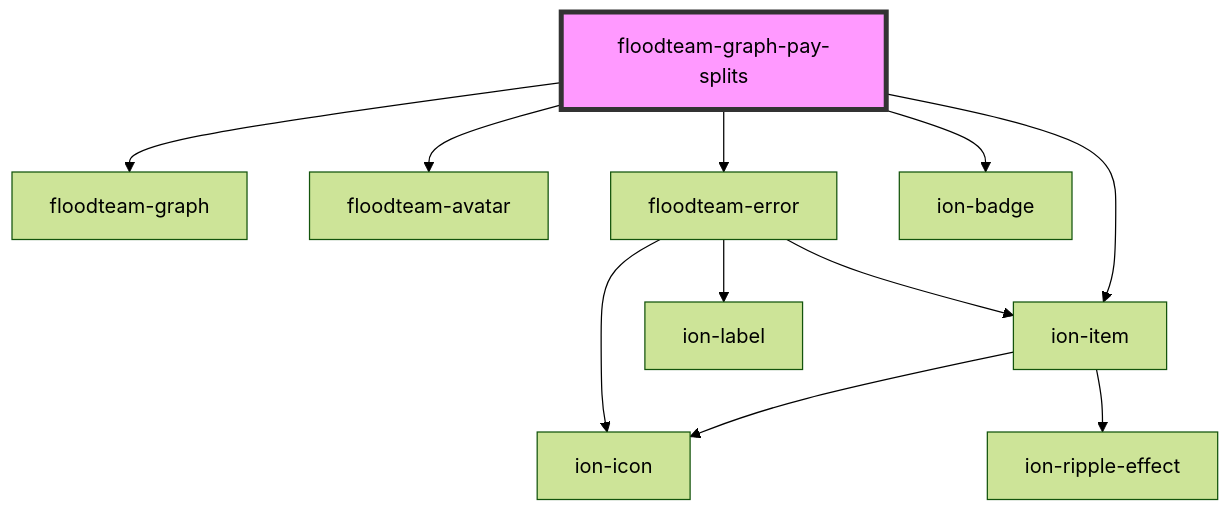
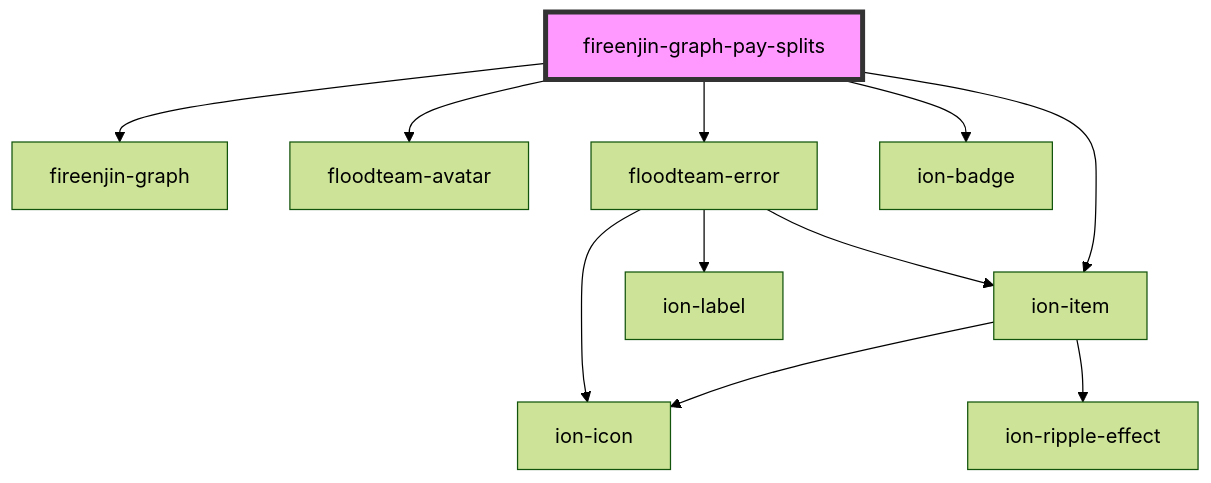
Before and after one commit to FloodTeam/components: the diagram in src/components/graph-pay-splits/readme.md, drawn with Mermaid (forest theme). The commit also changed other lines of this file and 5 other files, not shown here.

````diff
--- a/src/components/graph-pay-splits/readme.md
+++ b/src/components/graph-pay-splits/readme.md
@@ -40,14 +40,14 @@
 ```mermaid
 graph TD;
-  floodteam-graph-pay-splits --> floodteam-graph
-  floodteam-graph-pay-splits --> ion-item
-  floodteam-graph-pay-splits --> floodteam-avatar
-  floodteam-graph-pay-splits --> floodteam-error
-  floodteam-graph-pay-splits --> ion-badge
+  fireenjin-graph-pay-splits --> fireenjin-graph
+  fireenjin-graph-pay-splits --> ion-item
+  fireenjin-graph-pay-splits --> floodteam-avatar
+  fireenjin-graph-pay-splits --> floodteam-error
+  fireenjin-graph-pay-splits --> ion-badge
   ion-item --> ion-icon
   ion-item --> ion-ripple-effect
   floodteam-error --> ion-item
   floodteam-error --> ion-icon
   floodteam-error --> ion-label
-  style floodteam-graph-pay-splits fill:#f9f,stroke:#333,stroke-width:4px
+  style fireenjin-graph-pay-splits fill:#f9f,stroke:#333,stroke-width:4px
 ```
````
